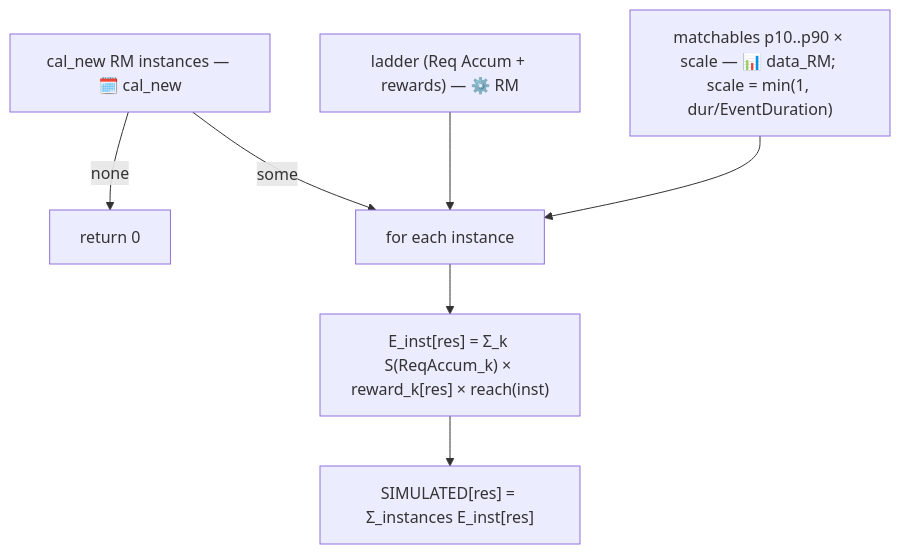
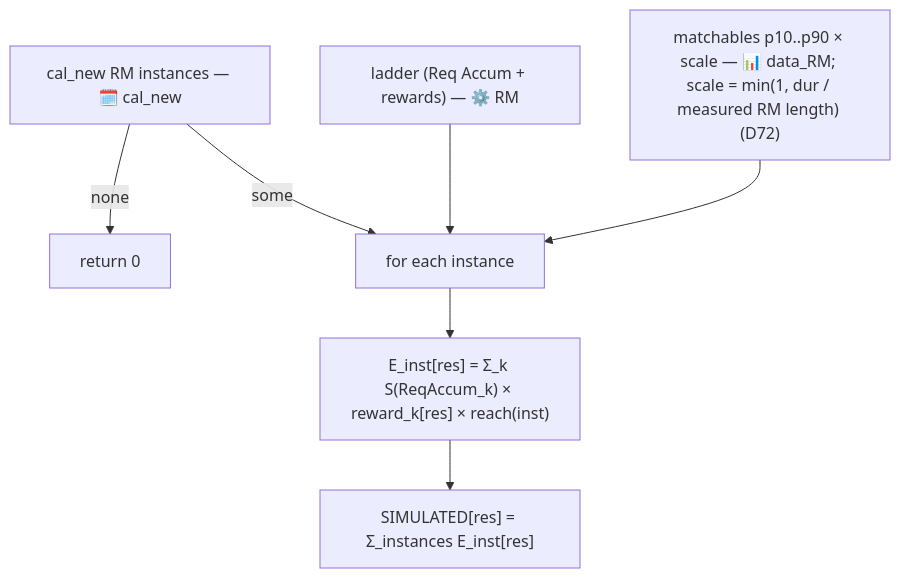
Before and after one commit to Teatree/r_live_ops_2: the ninth of 12 diagrams in SIMULATION_METHODOLOGY.md, drawn with Mermaid. The commit also changed other lines of this file and 1 other file, not shown here.

````diff
--- a/SIMULATION_METHODOLOGY.md
+++ b/SIMULATION_METHODOLOGY.md
@@ -1241,9 +1241,9 @@
 ```mermaid
 flowchart TD
   I["cal_new RM instances — 🗓️ cal_new"] -->|none| ZERO["return 0"]
   I -->|some| LOOP["for each instance"]
   LAD["ladder (Req Accum + rewards) — ⚙️ RM"] --> LOOP
-  PCT["matchables p10..p90 × scale — 📊 data_RM; scale = min(1, dur/EventDuration)"] --> LOOP
+  PCT["matchables p10..p90 × scale — 📊 data_RM; scale = min(1, dur / measured RM length) (D72)"] --> LOOP
   LOOP --> EI["E_inst[res] = Σ_k S(ReqAccum_k) × reward_k[res] × reach(inst)"]
   EI --> OUT["SIMULATED[res] = Σ_instances E_inst[res]"]
 ```
````
